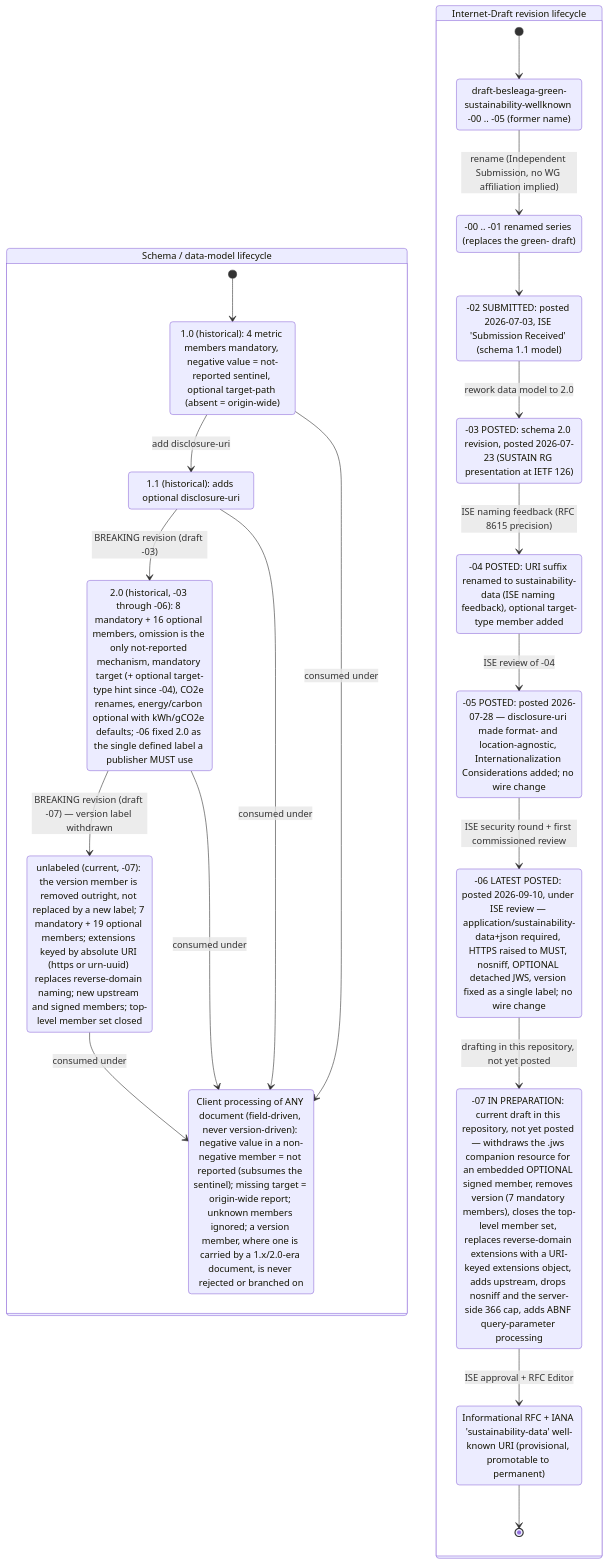
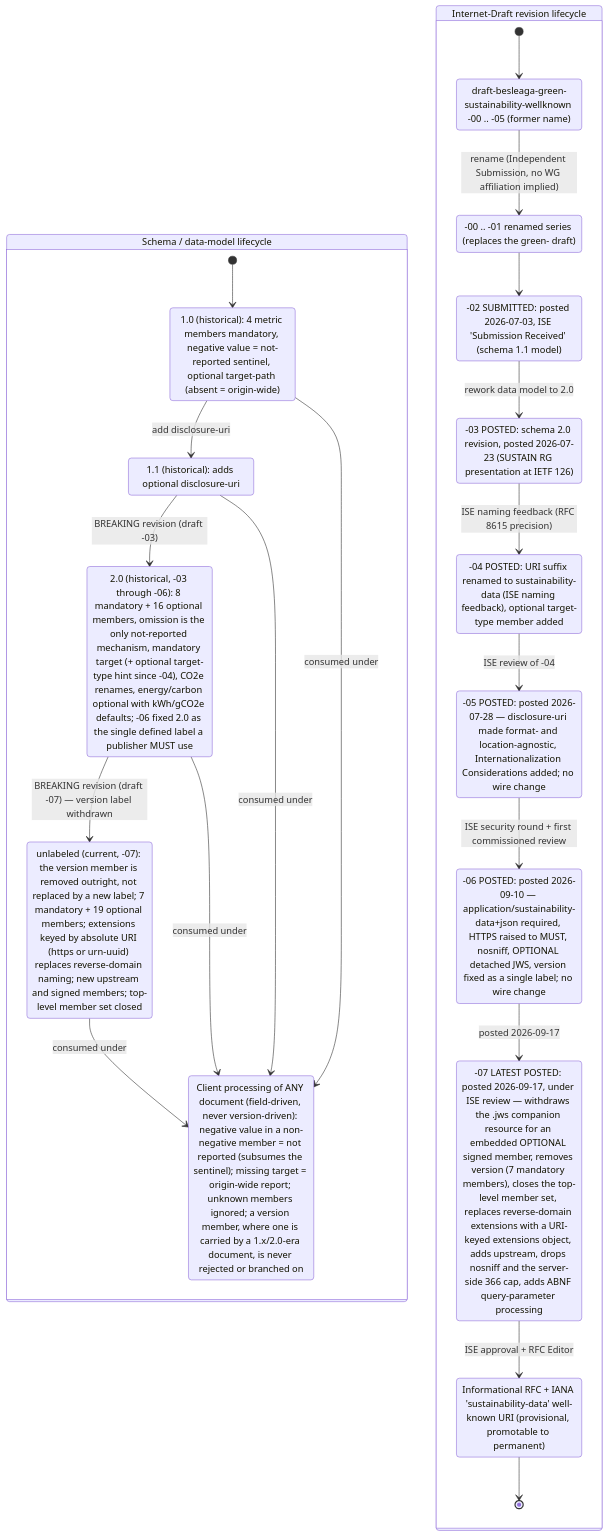
Before and after one commit to andreibesleaga/rfc-sustainability-wellknown: the fifth of 10 diagrams in architecture/README.md, drawn with Mermaid. The commit also changed other lines of this file and 14 other files, not shown here.

````diff
--- a/architecture/README.md
+++ b/architecture/README.md
@@ -510,42 +508,42 @@
 ```mermaid
 stateDiagram-v2
     state "Schema / data-model lifecycle" as SCHEMA {
         state "1.0 (historical): 4 metric members mandatory, negative value = not-reported sentinel, optional target-path (absent = origin-wide)" as V10
         state "1.1 (historical): adds optional disclosure-uri" as V11
         state "2.0 (historical, -03 through -06): 8 mandatory + 16 optional members, omission is the only not-reported mechanism, mandatory target (+ optional target-type hint since -04), CO2e renames, energy/carbon optional with kWh/gCO2e defaults; -06 fixed 2.0 as the single defined label a publisher MUST use" as V20
         state "unlabeled (current, -07): the version member is removed outright, not replaced by a new label; 7 mandatory + 19 optional members; extensions keyed by absolute URI (https or urn-uuid) replaces reverse-domain naming; new upstream and signed members; top-level member set closed" as V07
         state "Client processing of ANY document (field-driven, never version-driven): negative value in a non-negative member = not reported (subsumes the sentinel); missing target = origin-wide report; unknown members ignored; a version member, where one is carried by a 1.x/2.0-era document, is never rejected or branched on" as COMPAT
 
         [*] --> V10
         V10 --> V11 : add disclosure-uri
         V11 --> V20 : BREAKING revision (draft -03)
         V20 --> V07 : BREAKING revision (draft -07) — version label withdrawn
         V20 --> COMPAT : consumed under
         V11 --> COMPAT : consumed under
         V10 --> COMPAT : consumed under
         V07 --> COMPAT : consumed under
     }
 
     state "Internet-Draft revision lifecycle" as DRAFT {
         state "draft-besleaga-green-sustainability-wellknown -00 .. -05 (former name)" as GREEN
         state "-00 .. -01 renamed series (replaces the green- draft)" as EARLY
         state "-02 SUBMITTED: posted 2026-07-03, ISE 'Submission Received' (schema 1.1 model)" as SUBMITTED
         state "-03 POSTED: schema 2.0 revision, posted 2026-07-23 (SUSTAIN RG presentation at IETF 126)" as POSTED
         state "-04 POSTED: URI suffix renamed to sustainability-data (ISE naming feedback), optional target-type member added" as POSTED4
         state "-05 POSTED: posted 2026-07-28 — disclosure-uri made format- and location-agnostic, Internationalization Considerations added; no wire change" as POSTED5
-        state "-06 LATEST POSTED: posted 2026-09-10, under ISE review — application/sustainability-data+json required, HTTPS raised to MUST, nosniff, OPTIONAL detached JWS, version fixed as a single label; no wire change" as POSTED6
-        state "-07 IN PREPARATION: current draft in this repository, not yet posted — withdraws the .jws companion resource for an embedded OPTIONAL signed member, removes version (7 mandatory members), closes the top-level member set, replaces reverse-domain extensions with a URI-keyed extensions object, adds upstream, drops nosniff and the server-side 366 cap, adds ABNF query-parameter processing" as POSTED7
+        state "-06 POSTED: posted 2026-09-10 — application/sustainability-data+json required, HTTPS raised to MUST, nosniff, OPTIONAL detached JWS, version fixed as a single label; no wire change" as POSTED6
+        state "-07 LATEST POSTED: posted 2026-09-17, under ISE review — withdraws the .jws companion resource for an embedded OPTIONAL signed member, removes version (7 mandatory members), closes the top-level member set, replaces reverse-domain extensions with a URI-keyed extensions object, adds upstream, drops nosniff and the server-side 366 cap, adds ABNF query-parameter processing" as POSTED7
         state "Informational RFC + IANA 'sustainability-data' well-known URI (provisional, promotable to permanent)" as RFC
 
         [*] --> GREEN
         GREEN --> EARLY : rename (Independent Submission, no WG affiliation implied)
         EARLY --> SUBMITTED
         SUBMITTED --> POSTED : rework data model to 2.0
         POSTED --> POSTED4 : ISE naming feedback (RFC 8615 precision)
         POSTED4 --> POSTED5 : ISE review of -04
         POSTED5 --> POSTED6 : ISE security round + first commissioned review
-        POSTED6 --> POSTED7 : drafting in this repository, not yet posted
+        POSTED6 --> POSTED7 : posted 2026-09-17
         POSTED7 --> RFC : ISE approval + RFC Editor
         RFC --> [*]
     }
 ```
````
